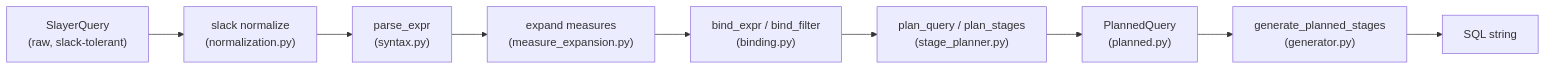
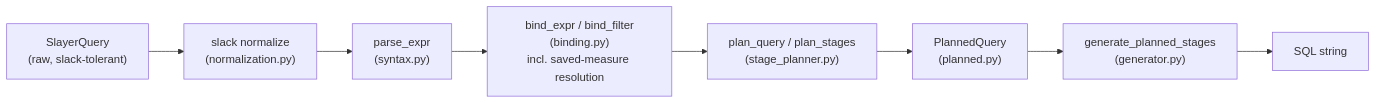
One commit to MotleyAI/slayer changed the first of 2 diagrams in docs/architecture/index.md. Above: the diagram before and after it, drawn with Mermaid. The commit also changed other lines of this file and 15 other files, not shown here.

````diff
--- a/docs/architecture/index.md
+++ b/docs/architecture/index.md
@@ -30,11 +30,10 @@
 ```mermaid
 flowchart LR
     raw["SlayerQuery<br/>(raw, slack-tolerant)"] --> norm["slack normalize<br/>(normalization.py)"]
     norm --> parse["parse_expr<br/>(syntax.py)"]
-    parse --> expand["expand measures<br/>(measure_expansion.py)"]
-    expand --> bind["bind_expr / bind_filter<br/>(binding.py)"]
+    parse --> bind["bind_expr / bind_filter<br/>(binding.py)<br/>incl. saved-measure resolution"]
     bind --> plan["plan_query / plan_stages<br/>(stage_planner.py)"]
     plan --> planned["PlannedQuery<br/>(planned.py)"]
     planned --> gen["generate_planned_stages<br/>(generator.py)"]
     gen --> sql["SQL string"]
 ```
````
